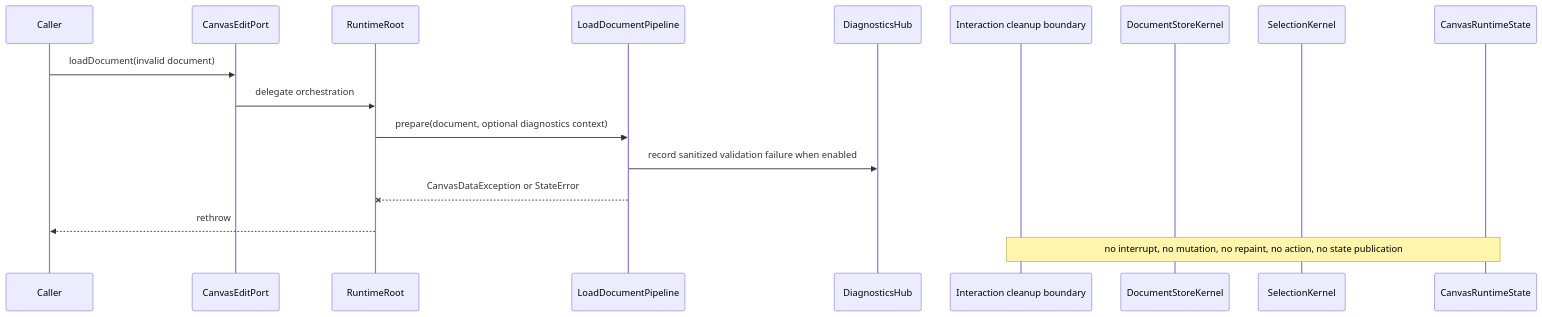
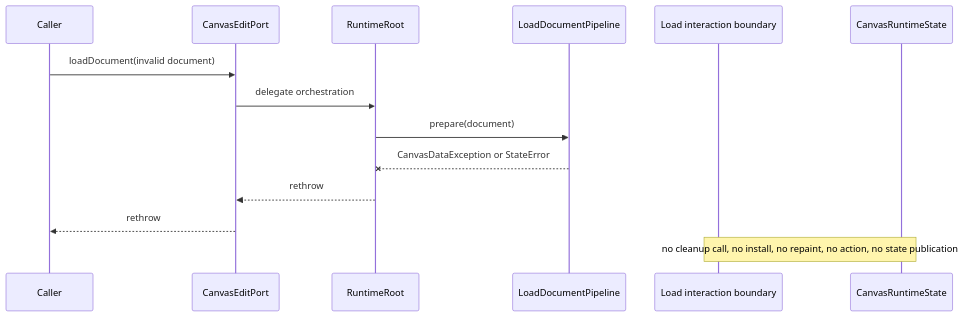
The fourth of 4 diagrams in .design/2026-05-26-p6-load-document.md (GreatPika/iwb_canvas_engine), drawn with Mermaid before and after one commit. The commit also changed other lines of this file, not shown here.

First line of the commit message:
docs: repair P6 load document design

````diff
--- a/.design/2026-05-26-p6-load-document.md
+++ b/.design/2026-05-26-p6-load-document.md
@@ -624,20 +382,17 @@
 ```mermaid
 sequenceDiagram
   participant Caller
   participant API as CanvasEditPort
   participant Runtime as RuntimeRoot
   participant Pipeline as LoadDocumentPipeline
-  participant Diagnostics as DiagnosticsHub
-  participant Interaction as Interaction cleanup boundary
-  participant Store as DocumentStoreKernel
-  participant Selection as SelectionKernel
+  participant Interaction as Load interaction boundary
   participant State as CanvasRuntimeState
 
   Caller->>API: loadDocument(invalid document)
   API->>Runtime: delegate orchestration
-  Runtime->>Pipeline: prepare(document, optional diagnostics context)
-  Pipeline->>Diagnostics: record sanitized validation failure when enabled
+  Runtime->>Pipeline: prepare(document)
   Pipeline--xRuntime: CanvasDataException or StateError
-  Runtime-->>Caller: rethrow
-  Note over Interaction,State: no interrupt, no mutation, no repaint, no action, no state publication
+  Runtime-->>API: rethrow
+  API-->>Caller: rethrow
+  Note over Interaction,State: no cleanup call, no install, no repaint, no action, no state publication
 ```
````
